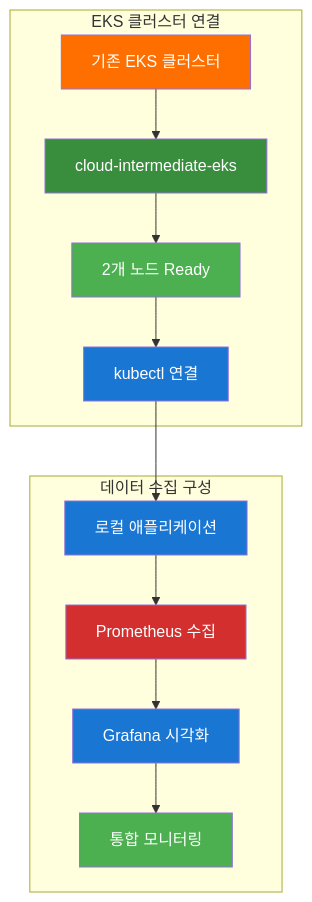
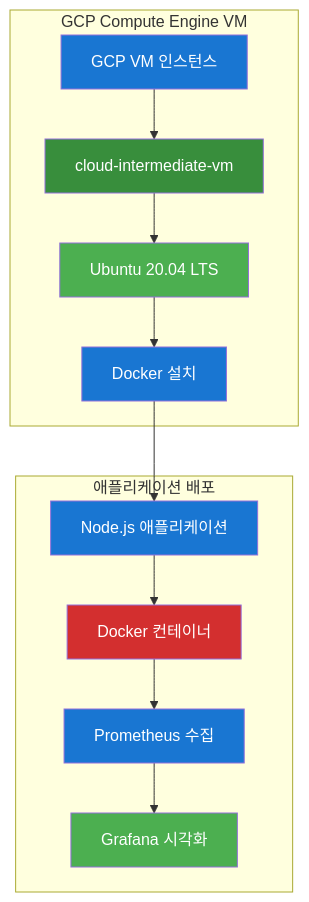
One commit to jungfrau70/mcp_cloud changed the fourth of 9 diagrams in mcp_knowledge_base/cloud_intermediate/lectures/day2/Day2_통합강의안_오후.md. Above: the diagram before and after it, drawn with Mermaid. The commit also changed other lines of this file and 27 other files, not shown here.

Commit message:
Update: 2025-10-01 06:17:00 - mcp_knowledge_base/.cursor/rules/automation-architecture.mdc and 27 more files

````diff
--- a/mcp_knowledge_base/cloud_intermediate/lectures/day2/Day2_통합강의안_오후.md
+++ b/mcp_knowledge_base/cloud_intermediate/lectures/day2/Day2_통합강의안_오후.md
@@ -259,25 +268,25 @@
 ```mermaid
 flowchart TD
-    subgraph "EKS 클러스터 연결"
-        A["기존 EKS 클러스터"] --> B["cloud-intermediate-eks"]
-        B --> C["2개 노드 Ready"]
-        C --> D["kubectl 연결"]
+    subgraph "GCP Compute Engine VM"
+        A["GCP VM 인스턴스"] --> B["cloud-intermediate-vm"]
+        B --> C["Ubuntu 20.04 LTS"]
+        C --> D["Docker 설치"]
     end
     
-    subgraph "데이터 수집 구성"
-        E["로컬 애플리케이션"] --> F["Prometheus 수집"]
-        F --> G["Grafana 시각화"]
-        G --> H["통합 모니터링"]
+    subgraph "애플리케이션 배포"
+        E["Node.js 애플리케이션"] --> F["Docker 컨테이너"]
+        F --> G["Prometheus 수집"]
+        G --> H["Grafana 시각화"]
     end
     
     D --> E
     
-    style A fill:#ff6f00,color:#ffffff
+    style A fill:#1976d2,color:#ffffff
     style B fill:#388e3c,color:#ffffff
     style C fill:#4caf50,color:#ffffff
     style D fill:#1976d2,color:#ffffff
     style E fill:#1976d2,color:#ffffff
     style F fill:#d32f2f,color:#ffffff
     style G fill:#1976d2,color:#ffffff
     style H fill:#4caf50,color:#ffffff
 ```
````
